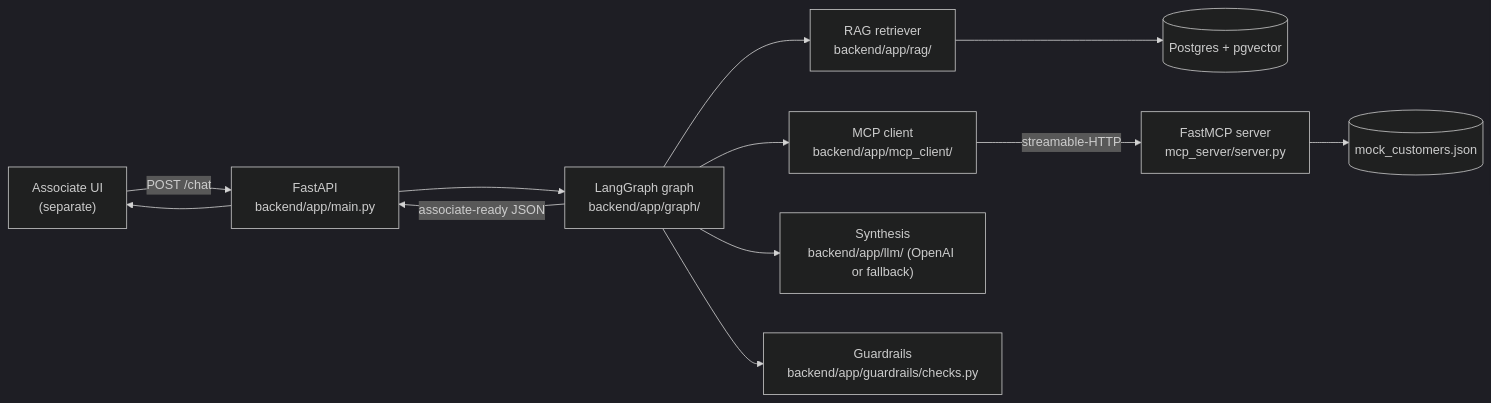
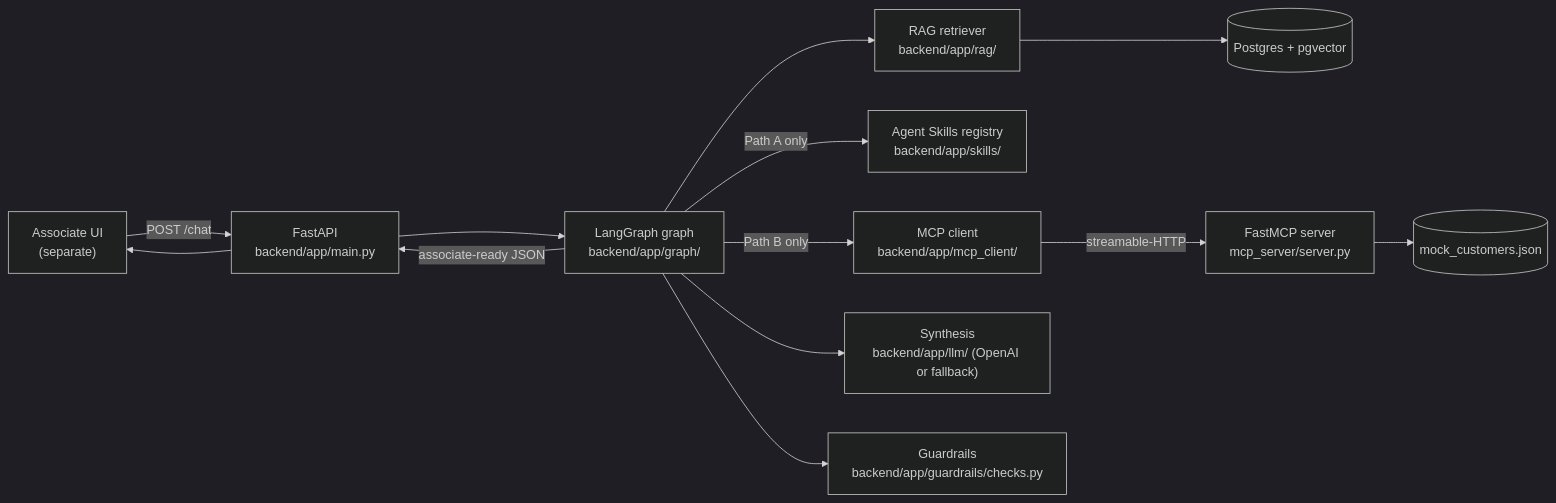
The diagram in ARCHITECTURE.md (moring-ai/retirement-copilot), drawn with Mermaid (dark theme) before and after one commit. The commit also changed other lines of this file and 32 other files, not shown here.

First line of the commit message:
feat: swap Path A/B roles, add Agent Skills, associate-only UI

````diff
--- a/ARCHITECTURE.md
+++ b/ARCHITECTURE.md
@@ -23,13 +33,14 @@
 ```mermaid
 flowchart LR
     UI["Associate UI<br/>(separate)"] -->|POST /chat| API["FastAPI<br/>backend/app/main.py"]
     API --> G["LangGraph graph<br/>backend/app/graph/"]
     G --> RAG["RAG retriever<br/>backend/app/rag/"]
     RAG --> PG[("Postgres + pgvector")]
-    G --> MCPC["MCP client<br/>backend/app/mcp_client/"]
+    G -->|"Path A only"| SK["Agent Skills registry<br/>backend/app/skills/"]
+    G -->|"Path B only"| MCPC["MCP client<br/>backend/app/mcp_client/"]
     MCPC -->|streamable-HTTP| MCPS["FastMCP server<br/>mcp_server/server.py"]
     MCPS --> JSON[("mock_customers.json")]
     G --> SYN["Synthesis<br/>backend/app/llm/ (OpenAI or fallback)"]
     G --> GR["Guardrails<br/>backend/app/guardrails/checks.py"]
     G -->|associate-ready JSON| API --> UI
 ```
````
